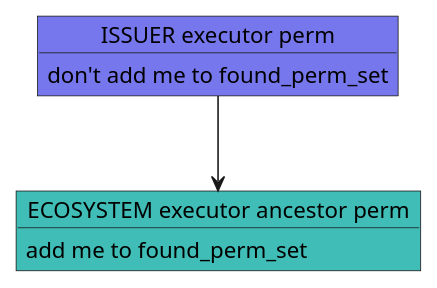
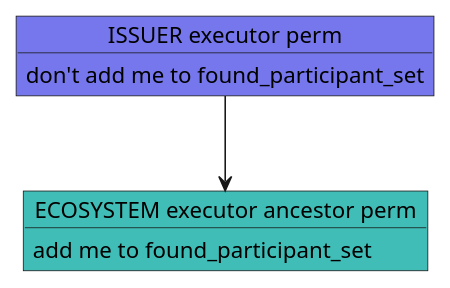
Before and after one commit to verana-labs/verifiable-trust-vpr-spec: diagram 17 of 20 in spec.md, drawn with PlantUML. The commit also changed other lines of this file, not shown here.

First line of the commit message:
refactor(spec): rename _perm/_perm_id variables to _participant/_participant_id

````diff
--- a/spec.md
+++ b/spec.md
@@ -4583,16 +4583,16 @@
 ```plantuml
 
 @startuml
 scale max 800 width
 object "ECOSYSTEM executor ancestor perm" as tr #3fbdb6 {
-  add me to found_perm_set
+  add me to found_participant_set
 }
 object "ISSUER executor perm" as i #7677ed {
-  don't add me to found_perm_set
+  don't add me to found_participant_set
 }
 
 
 i --> tr
 @enduml
 
 ```
````
